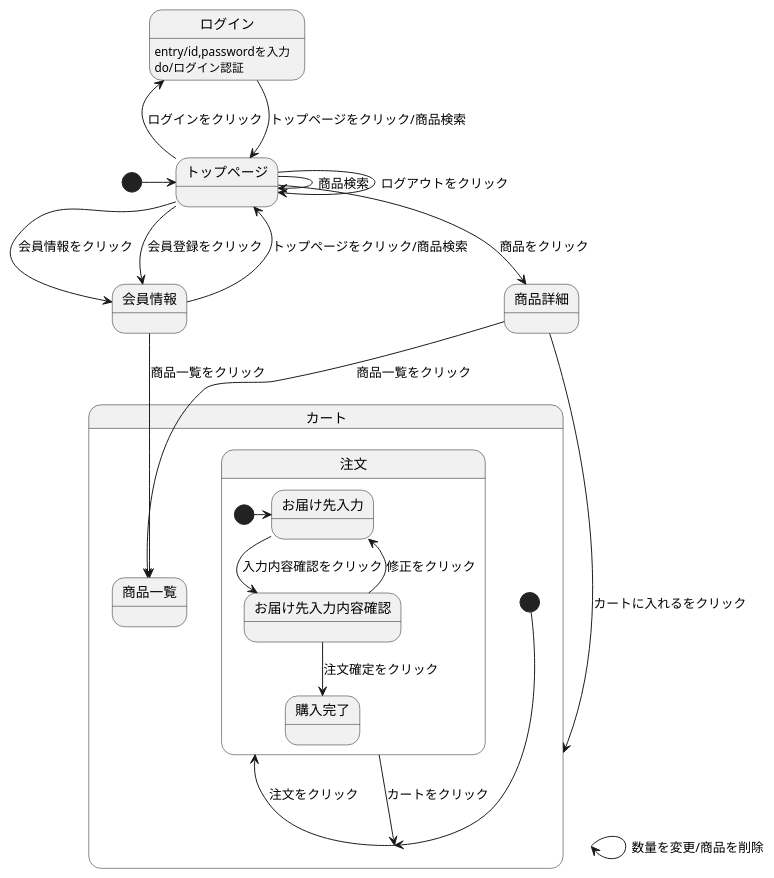
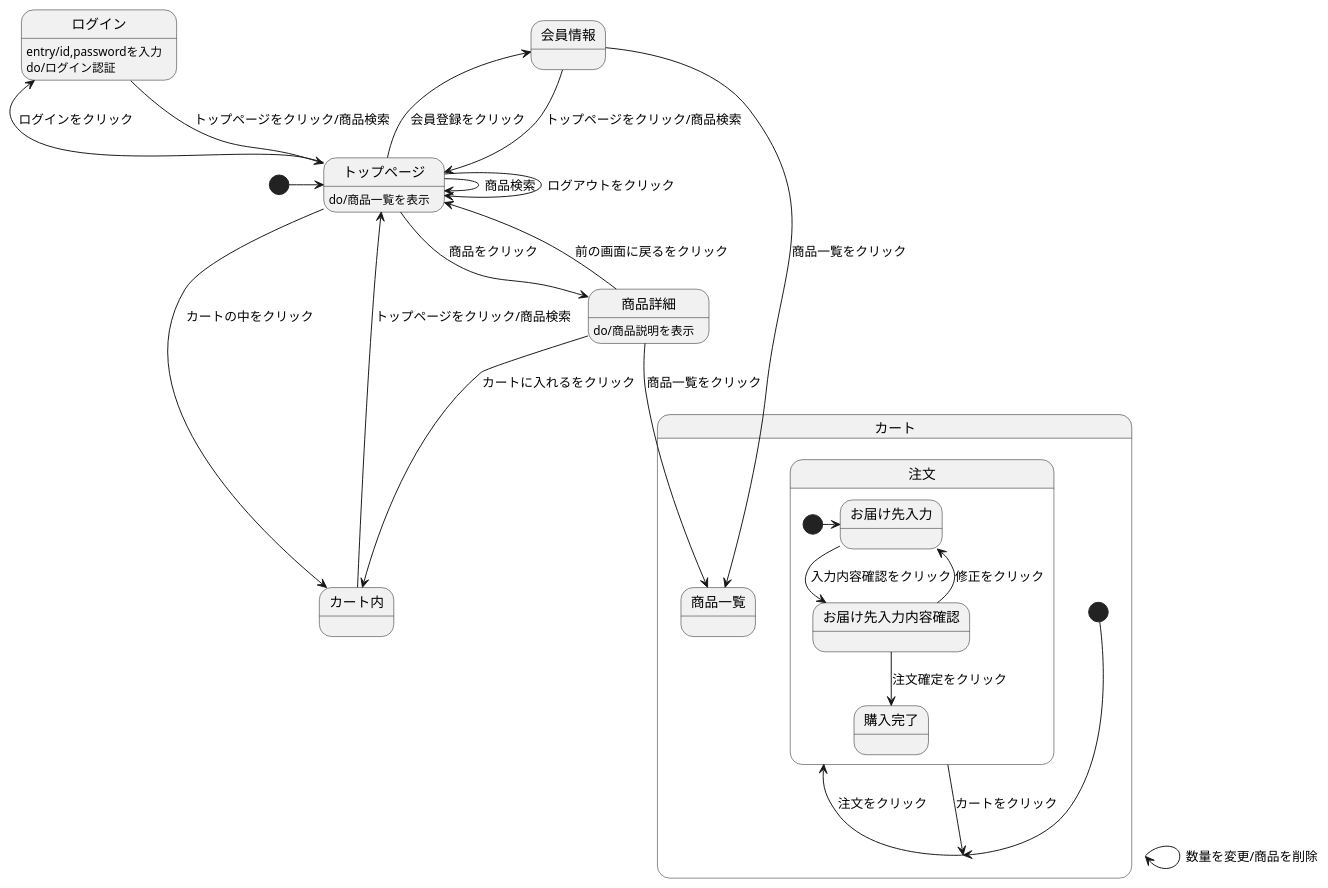
Before and after one commit to Aso2001369/2021sys-design: the diagram in stmmyshop.md, drawn with PlantUML.

````diff
--- a/stmmyshop.md
+++ b/stmmyshop.md
@@ -1,32 +1,38 @@
 ```uml
 @startuml
 
 [*] -> トップページ
 会員情報 --> トップページ : トップページをクリック/商品検索
 ログイン --> トップページ : トップページをクリック/商品検索
 ログイン : entry/id,passwordを入力
 ログイン : do/ログイン認証
 トップページ --> トップページ : ログアウトをクリック
 トップページ -> トップページ : 商品検索
 トップページ -> 商品詳細 : 商品をクリック
 トップページ -left-> 会員情報 : 会員登録をクリック
 トップページ -left-> ログイン : ログインをクリック
-トップページ -> 会員情報 : 会員情報をクリック
-商品詳細 -> カート : カートに入れるをクリック
+トップページ --> カート内 : カートの中をクリック
+トップページ : do/商品一覧を表示
+商品詳細 --> カート内 : カートに入れるをクリック
+商品詳細 --> トップページ : 前の画面に戻るをクリック
+商品詳細 : do/商品説明を表示
+カート内 --> トップページ : トップページをクリック/商品検索
+
+
 state カート {
 [*] --> カート
 カート -> 注文 : 注文をクリック
 カート -> カート : 数量を変更/商品を削除
 注文 --> カート : カートをクリック
 state 注文 {
 [*] -> お届け先入力
 お届け先入力 --> お届け先入力内容確認 : 入力内容確認をクリック
 お届け先入力内容確認 --> お届け先入力 : 修正をクリック
 お届け先入力内容確認 --> 購入完了 : 注文確定をクリック
 }
 商品詳細 --> 商品一覧 : 商品一覧をクリック
 会員情報 --> 商品一覧 : 商品一覧をクリック
 
 
 @enduml
 ```
````
